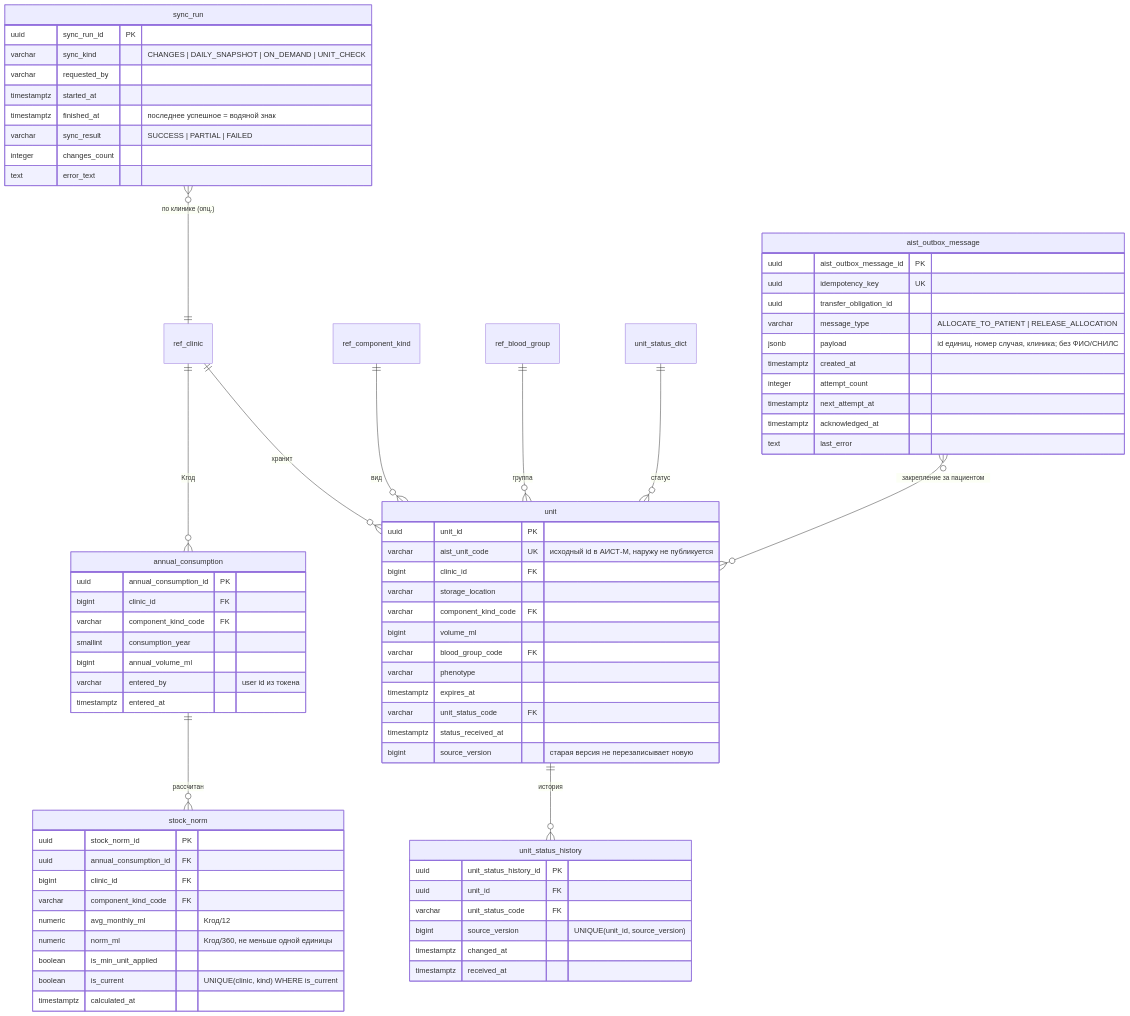
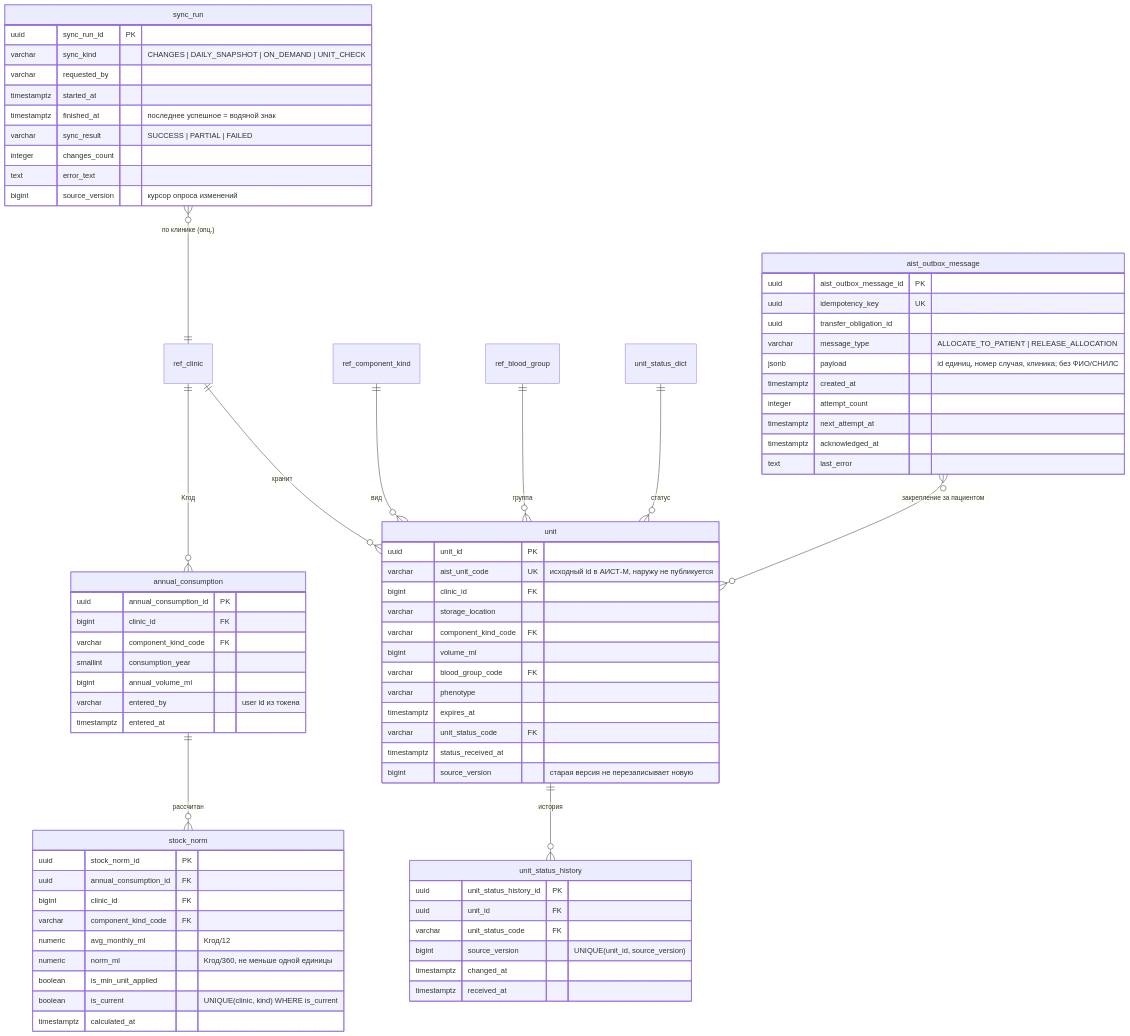
The first of 2 diagrams in docs/architecture/data-model.md (AlchemistBro/blood-supply-pet), drawn with Mermaid before and after one commit. The commit also changed other lines of this file, not shown here.

Commit message:
Документация: курсор опроса sync_run.source_version и версия защищённого объёма в модели данных inventory

````diff
--- a/docs/architecture/data-model.md
+++ b/docs/architecture/data-model.md
@@ -18,77 +18,78 @@
 ```mermaid
 erDiagram
     ref_clinic ||--o{ unit : хранит
     unit ||--o{ unit_status_history : история
     ref_component_kind ||--o{ unit : вид
     ref_blood_group ||--o{ unit : группа
     unit_status_dict ||--o{ unit : статус
     ref_clinic ||--o{ annual_consumption : "Kгод"
     annual_consumption ||--o{ stock_norm : рассчитан
     sync_run }o--|| ref_clinic : "по клинике (опц.)"
     aist_outbox_message }o--o{ unit : "закрепление за пациентом"
 
     unit {
         uuid unit_id PK
         varchar aist_unit_code UK "исходный id в АИСТ-М, наружу не публикуется"
         bigint clinic_id FK
         varchar storage_location
         varchar component_kind_code FK
         bigint volume_ml
         varchar blood_group_code FK
         varchar phenotype
         timestamptz expires_at
         varchar unit_status_code FK
         timestamptz status_received_at
         bigint source_version "старая версия не перезаписывает новую"
     }
     unit_status_history {
         uuid unit_status_history_id PK
         uuid unit_id FK
         varchar unit_status_code FK
         bigint source_version "UNIQUE(unit_id, source_version)"
         timestamptz changed_at
         timestamptz received_at
     }
     annual_consumption {
         uuid annual_consumption_id PK
         bigint clinic_id FK
         varchar component_kind_code FK
         smallint consumption_year
         bigint annual_volume_ml
         varchar entered_by "user id из токена"
         timestamptz entered_at
     }
     stock_norm {
         uuid stock_norm_id PK
         uuid annual_consumption_id FK
         bigint clinic_id FK
         varchar component_kind_code FK
         numeric avg_monthly_ml "Kгод/12"
         numeric norm_ml "Kгод/360, не меньше одной единицы"
         boolean is_min_unit_applied
         boolean is_current "UNIQUE(clinic, kind) WHERE is_current"
         timestamptz calculated_at
     }
     sync_run {
         uuid sync_run_id PK
         varchar sync_kind "CHANGES | DAILY_SNAPSHOT | ON_DEMAND | UNIT_CHECK"
         varchar requested_by
         timestamptz started_at
         timestamptz finished_at "последнее успешное = водяной знак"
         varchar sync_result "SUCCESS | PARTIAL | FAILED"
         integer changes_count
         text error_text
+        bigint source_version "курсор опроса изменений"
     }
     aist_outbox_message {
         uuid aist_outbox_message_id PK
         uuid idempotency_key UK
         uuid transfer_obligation_id
         varchar message_type "ALLOCATE_TO_PATIENT | RELEASE_ALLOCATION"
         jsonb payload "id единиц, номер случая, клиника; без ФИО/СНИЛС"
         timestamptz created_at
         integer attempt_count
         timestamptz next_attempt_at
         timestamptz acknowledged_at
         text last_error
     }
 ```
````
